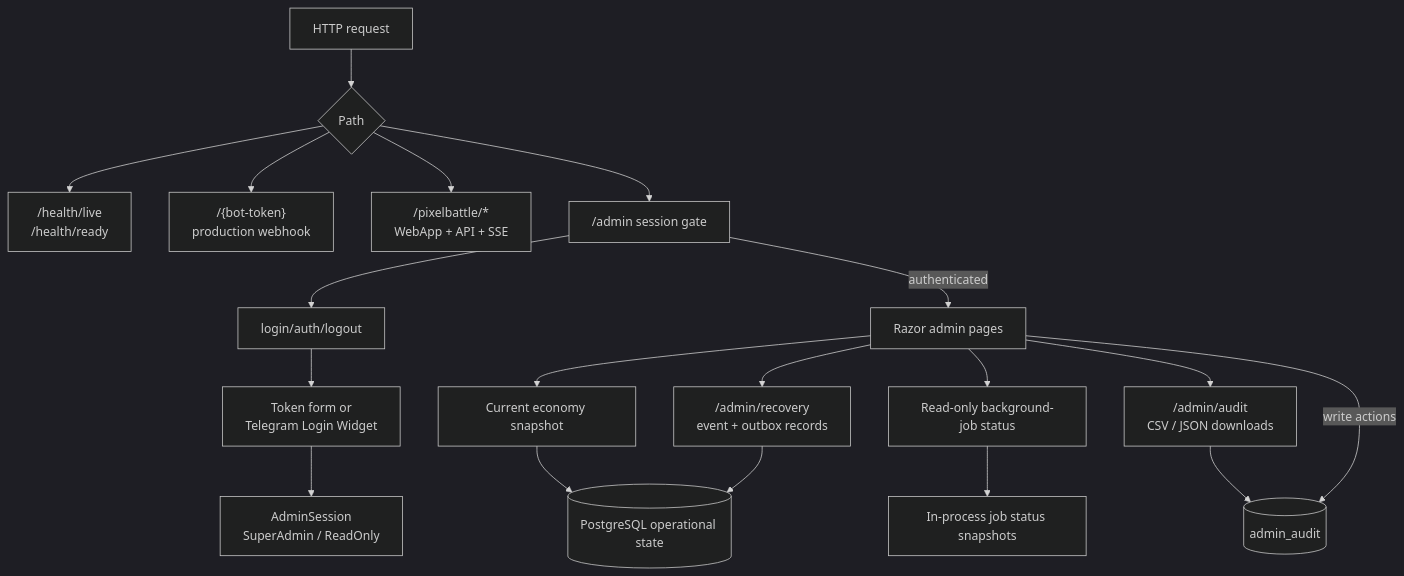
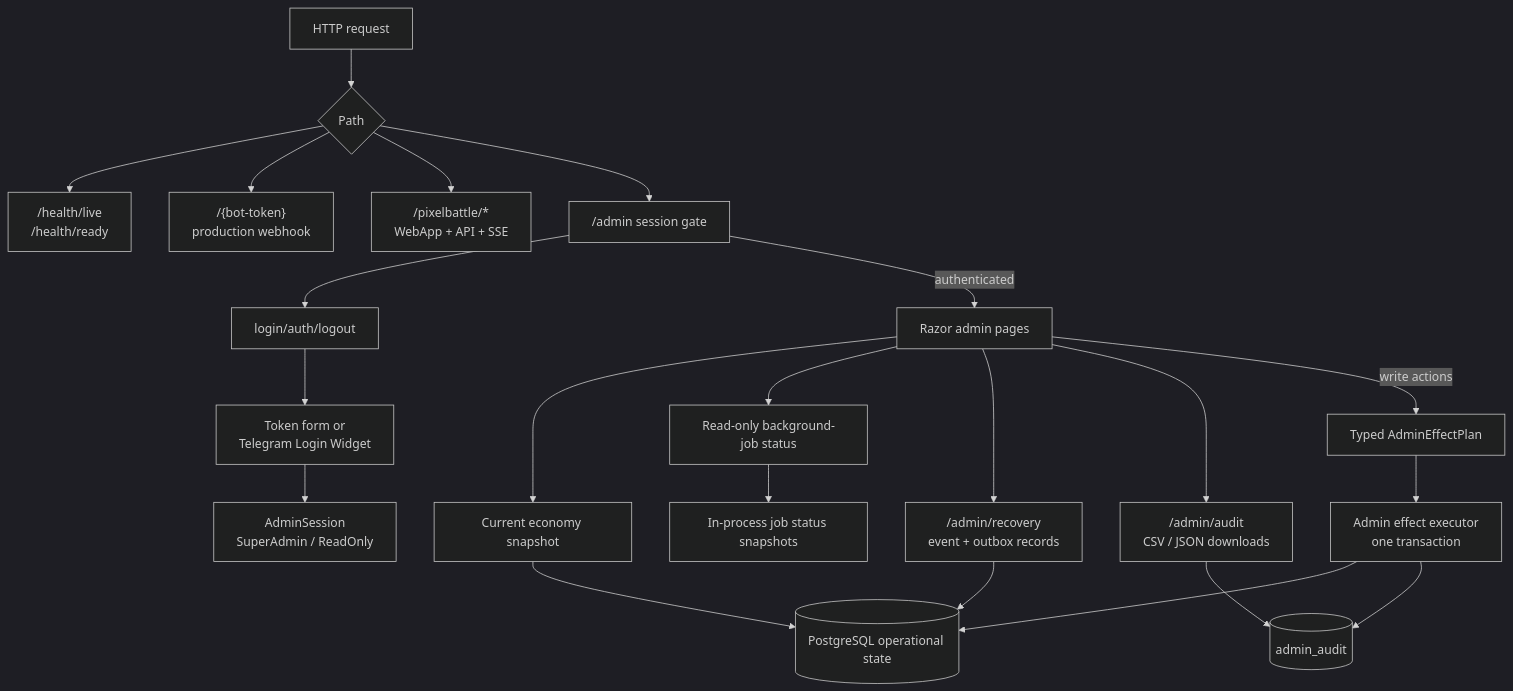
One commit to cpp20120/GameShiz changed diagram 22 of 26 in docs/arch.md. Above: the diagram before and after it, drawn with Mermaid (dark theme). The commit also changed other lines of this file and 87 other files, not shown here.

````diff
--- a/docs/arch.md
+++ b/docs/arch.md
@@ -799,41 +885,47 @@
 ```mermaid
 flowchart TB
     request["HTTP request"]
     path{"Path"}
 
     health["/health/live<br/>/health/ready"]
     webhook["/{bot-token}<br/>production webhook"]
     pixel["/pixelbattle/*<br/>WebApp + API + SSE"]
     adminGate["/admin session gate"]
     login["login/auth/logout"]
     pages["Razor admin pages"]
     economy["Current economy snapshot"]
     jobs["Read-only background-job status"]
     recovery["/admin/recovery<br/>event + outbox records"]
     auditPage["/admin/audit<br/>CSV / JSON downloads"]
 
     token["Token form or<br/>Telegram Login Widget"]
     session["AdminSession<br/>SuperAdmin / ReadOnly"]
     audit[("admin_audit")]
     pg[("PostgreSQL operational state")]
     jobState["In-process job status snapshots"]
 
     request --> path
     path --> health
     path --> webhook
     path --> pixel
     path --> adminGate
     adminGate --> login
     login --> token
     token --> session
     adminGate -->|"authenticated"| pages
     pages --> economy
     pages --> jobs
     pages --> recovery
     pages --> auditPage
     economy --> pg
     jobs --> jobState
     recovery --> pg
     auditPage --> audit
-    pages -->|"write actions"| audit
+    adminPlan["Typed AdminEffectPlan"]
+    adminExecutor["Admin effect executor<br/>one transaction"]
+
+    pages -->|"write actions"| adminPlan
+    adminPlan --> adminExecutor
+    adminExecutor --> pg
+    adminExecutor --> audit
 ```
````
